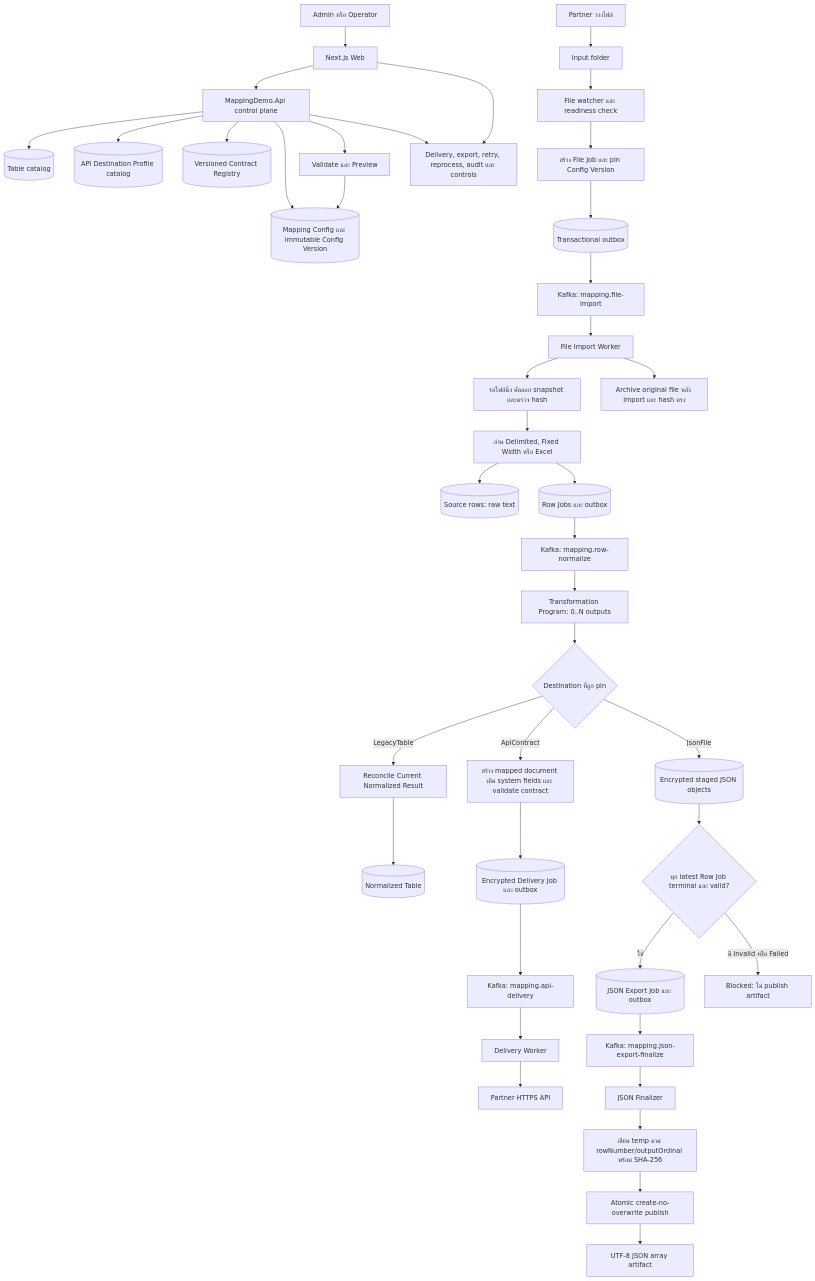
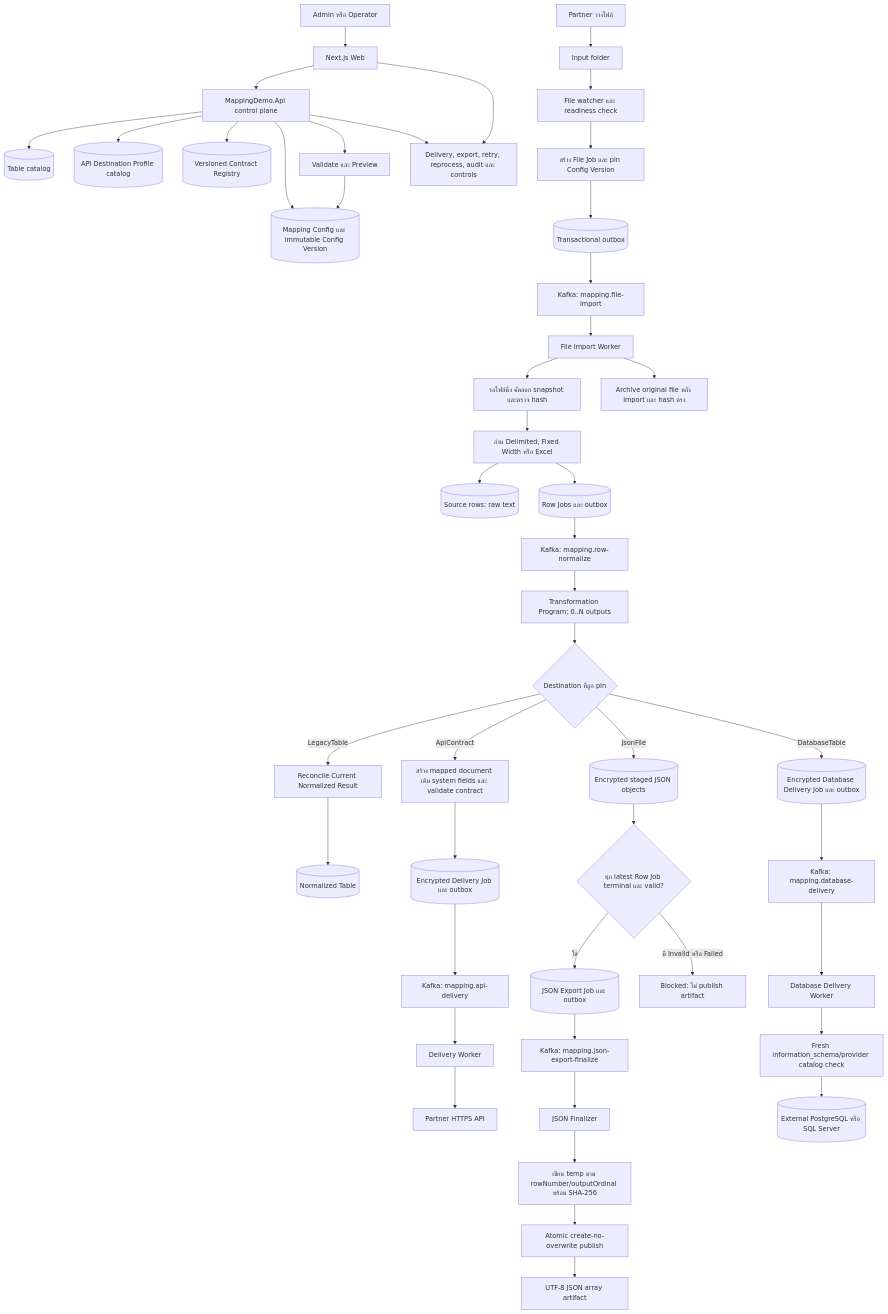
One commit to PatiphanBM/mapping-demo changed the first of 7 diagrams in docs/current-mapping-demo-workflow.md. Above: the diagram before and after it, drawn with Mermaid. The commit also changed other lines of this file and 81 other files, not shown here.

First line of the commit message:
Add integration tests for database destination profiles and schema inspection

````diff
--- a/docs/current-mapping-demo-workflow.md
+++ b/docs/current-mapping-demo-workflow.md
@@ -10,51 +10,57 @@
 ```mermaid
 flowchart TD
     Admin[Admin หรือ Operator] --> Web[Next.js Web]
     Web --> ConfigApi[MappingDemo.Api control plane]
 
     ConfigApi --> Tables[(Table catalog)]
     ConfigApi --> Configs[(Mapping Config และ immutable Config Version)]
     ConfigApi --> ProfileCatalog[(API Destination Profile catalog)]
     ConfigApi --> ContractCatalog[(Versioned Contract Registry)]
     ConfigApi --> Validation[Validate และ Preview]
     Validation --> Configs
 
     Partner[Partner วางไฟล์] --> Input[Input folder]
     Input --> Watcher[File watcher และ readiness check]
     Watcher --> FileJob[สร้าง File Job และ pin Config Version]
     FileJob --> Outbox[(Transactional outbox)]
     Outbox --> KafkaFile[Kafka: mapping.file-import]
 
     KafkaFile --> ImportWorker[File Import Worker]
     ImportWorker --> Snapshot[รอไฟล์นิ่ง คัดลอก snapshot และตรวจ hash]
     Snapshot --> Parser[อ่าน Delimited, Fixed Width หรือ Excel]
     Parser --> Source[(Source rows: raw text)]
     Parser --> RowJobs[(Row Jobs และ outbox)]
     RowJobs --> KafkaRow[Kafka: mapping.row-normalize]
 
     KafkaRow --> Transform[Transformation Program: 0..N outputs]
     Transform --> Decision{Destination ที่ถูก pin}
 
     Decision -->|LegacyTable| Legacy[Reconcile Current Normalized Result]
     Legacy --> Normalized[(Normalized Table)]
 
     Decision -->|ApiContract| ApiBuild[สร้าง mapped document เติม system fields และ validate contract]
     ApiBuild --> DeliveryJob[(Encrypted Delivery Job และ outbox)]
     DeliveryJob --> KafkaDelivery[Kafka: mapping.api-delivery]
     KafkaDelivery --> DeliveryWorker[Delivery Worker]
     DeliveryWorker --> PartnerApi[Partner HTTPS API]
 
     Decision -->|JsonFile| Stage[(Encrypted staged JSON objects)]
     Stage --> Ready{ทุก latest Row Job terminal และ valid?}
     Ready -->|ใช่| ExportJob[(JSON Export Job และ outbox)]
     Ready -->|มี Invalid หรือ Failed| NoArtifact[Blocked: ไม่ publish artifact]
     ExportJob --> KafkaJson[Kafka: mapping.json-export-finalize]
     KafkaJson --> Finalizer[JSON Finalizer]
     Finalizer --> Temp[เขียน temp ตาม rowNumber/outputOrdinal พร้อม SHA-256]
     Temp --> Atomic[Atomic create-no-overwrite publish]
     Atomic --> JsonArtifact[UTF-8 JSON array artifact]
 
+    Decision -->|DatabaseTable| DbIntent[(Encrypted Database Delivery Job และ outbox)]
+    DbIntent --> KafkaDb[Kafka: mapping.database-delivery]
+    KafkaDb --> DbWorker[Database Delivery Worker]
+    DbWorker --> Inspect[Fresh information_schema/provider catalog check]
+    Inspect --> TargetDb[(External PostgreSQL หรือ SQL Server)]
+
     ImportWorker --> Archive[Archive original file หลัง import และ hash ตรง]
     ConfigApi --> Ops[Delivery, export, retry, reprocess, audit และ controls]
     Web --> Ops
 ```
````
